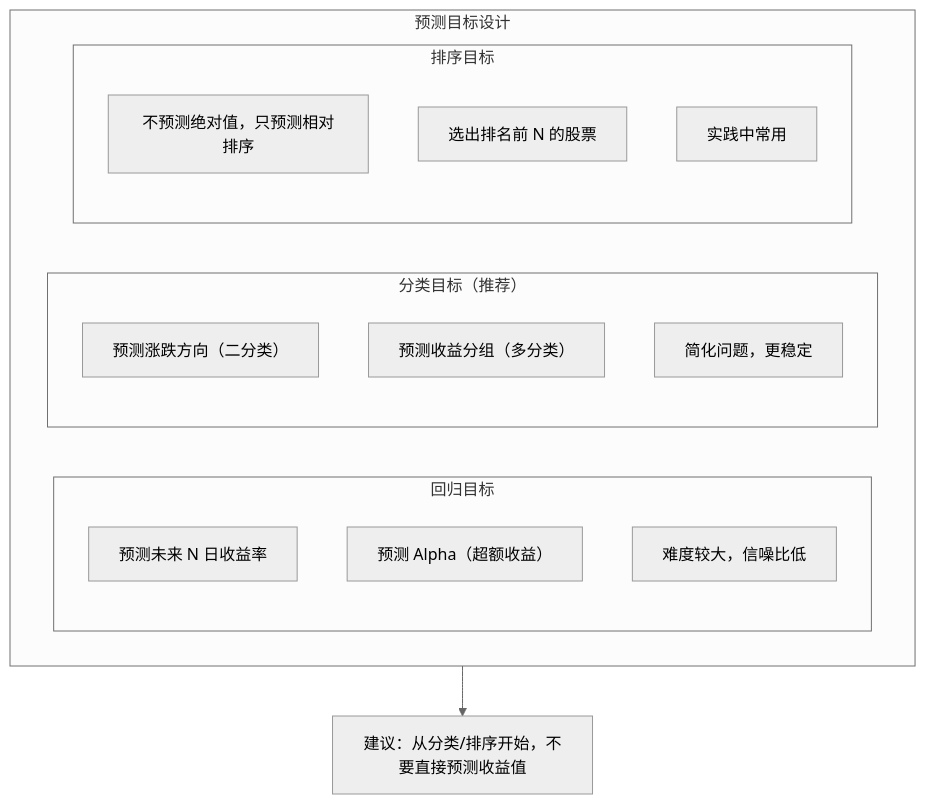
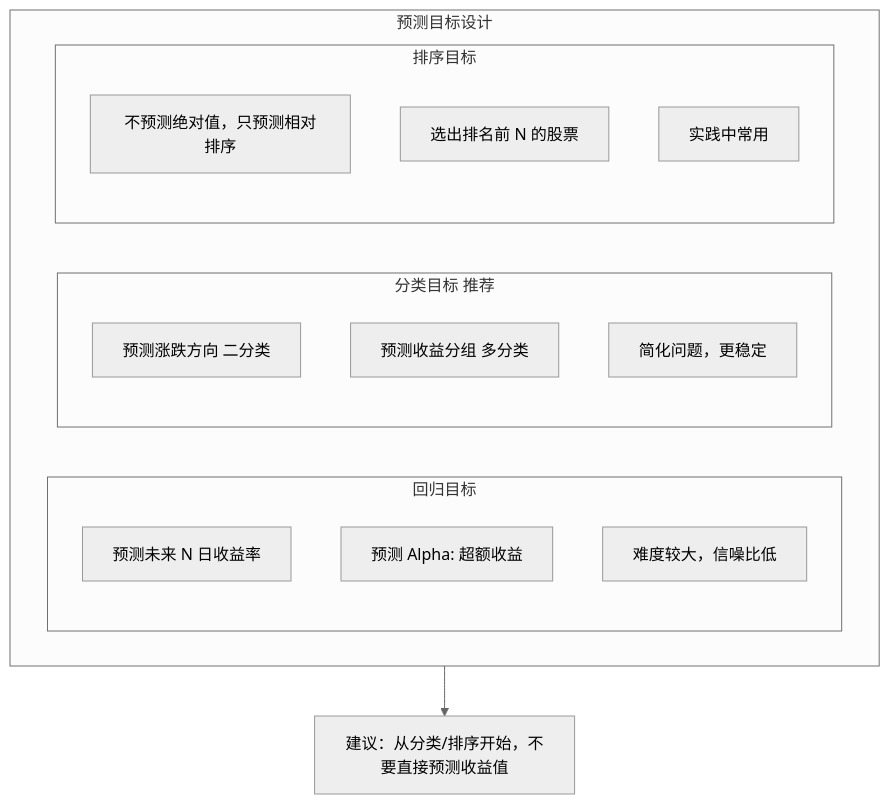
Before and after one commit to jpixy/jpixy.github.io: the seventh of 11 diagrams in content/articles/quant/quant-07-机器学习量化实战.md, drawn with Mermaid (neutral theme). The commit also changed other lines of this file and 66 other files, not shown here.

Commit message:
fix: resolve Mermaid syntax errors by removing parentheses in node labels

````diff
--- a/content/articles/quant/quant-07-机器学习量化实战.md
+++ b/content/articles/quant/quant-07-机器学习量化实战.md
@@ -406,21 +406,21 @@
 ```mermaid
 graph TB
     subgraph 预测目标["预测目标设计"]
         subgraph 回归目标
             H1["预测未来 N 日收益率"]
-            H2["预测 Alpha（超额收益）"]
+            H2["预测 Alpha: 超额收益"]
             H3["难度较大，信噪比低"]
         end
-        subgraph 分类目标["分类目标（推荐）"]
-            F1["预测涨跌方向（二分类）"]
-            F2["预测收益分组（多分类）"]
+        subgraph 分类目标["分类目标 推荐"]
+            F1["预测涨跌方向 二分类"]
+            F2["预测收益分组 多分类"]
             F3["简化问题，更稳定"]
         end
         subgraph 排序目标
             P1["不预测绝对值，只预测相对排序"]
             P2["选出排名前 N 的股票"]
             P3["实践中常用"]
         end
     end
     预测目标 --> 建议["建议：从分类/排序开始，不要直接预测收益值"]
 ```
````
